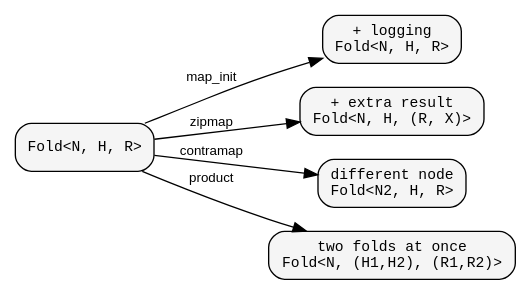
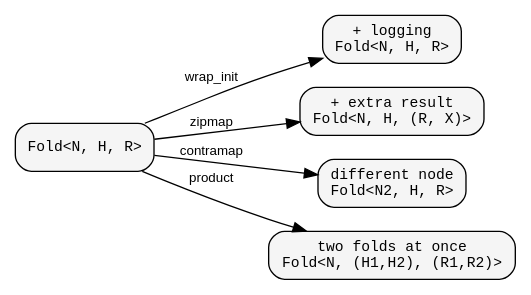
One commit to hylic-recursion/hylic-docs changed the first of 2 diagrams in book/src/concepts/transforms.md. Above: the diagram before and after it, drawn with Graphviz. The commit also changed other lines of this file and 57 other files, not shown here.

````diff
--- a/book/src/concepts/transforms.md
+++ b/book/src/concepts/transforms.md
@@ -13,18 +13,18 @@
 ```dot process
 digraph {
     rankdir=LR;
     node [shape=box, style="rounded,filled", fillcolor="#f5f5f5", fontname="monospace", fontsize=11];
     edge [fontname="sans-serif", fontsize=10];
 
     F1 [label="Fold<N, H, R>"];
     F2 [label="+ logging\nFold<N, H, R>"];
     F3 [label="+ extra result\nFold<N, H, (R, X)>"];
     F4 [label="different node\nFold<N2, H, R>"];
     F5 [label="two folds at once\nFold<N, (H1,H2), (R1,R2)>"];
 
-    F1 -> F2 [label="map_init"];
+    F1 -> F2 [label="wrap_init"];
     F1 -> F3 [label="zipmap"];
     F1 -> F4 [label="contramap"];
     F1 -> F5 [label="product"];
 }
 ```
````
